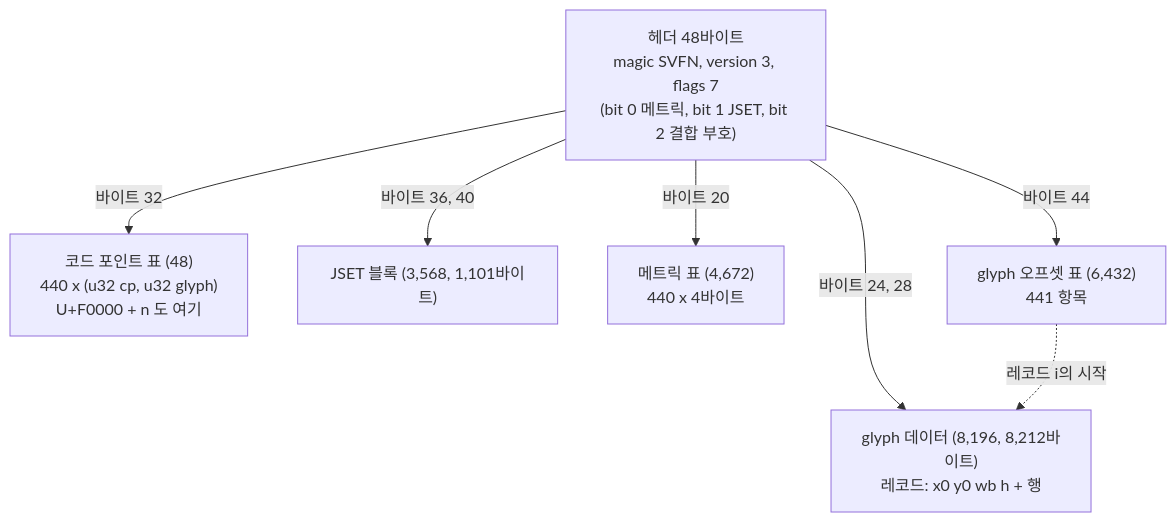
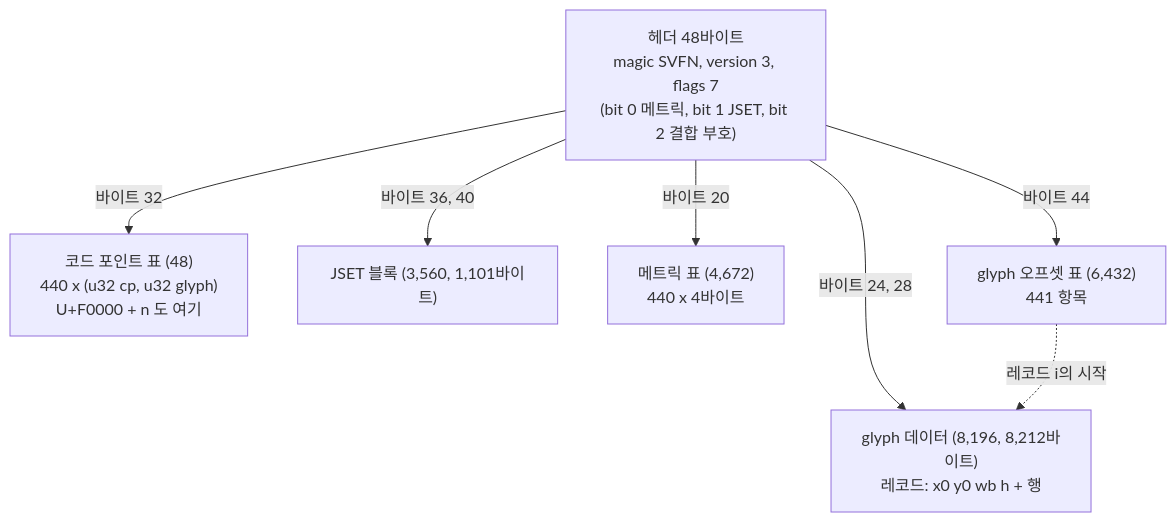
One commit to TaehyunKimLL/svf-fonts-open changed diagram 13 of 27 in docs/jamo-sets.ko.md. Above: the diagram before and after it, drawn with Mermaid. The commit also changed other lines of this file and 14 other files, not shown here.

````diff
--- a/docs/jamo-sets.ko.md
+++ b/docs/jamo-sets.ko.md
@@ -504,10 +531,10 @@
 ```mermaid
 flowchart TD
   H["헤더 48바이트<br/>magic SVFN, version 3, flags 7<br/>(bit 0 메트릭, bit 1 JSET, bit 2 결합 부호)"]
   H -->|"바이트 32"| C["코드 포인트 표 (48)<br/>440 x (u32 cp, u32 glyph)<br/>U+F0000 + n 도 여기"]
-  H -->|"바이트 36, 40"| J["JSET 블록 (3,568, 1,101바이트)"]
+  H -->|"바이트 36, 40"| J["JSET 블록 (3,560, 1,101바이트)"]
   H -->|"바이트 20"| M["메트릭 표 (4,672)<br/>440 x 4바이트"]
   H -->|"바이트 44"| O["glyph 오프셋 표 (6,432)<br/>441 항목"]
   H -->|"바이트 24, 28"| D["glyph 데이터 (8,196, 8,212바이트)<br/>레코드: x0 y0 wb h + 행"]
   O -.->|레코드 i의 시작| D
 ```
````
